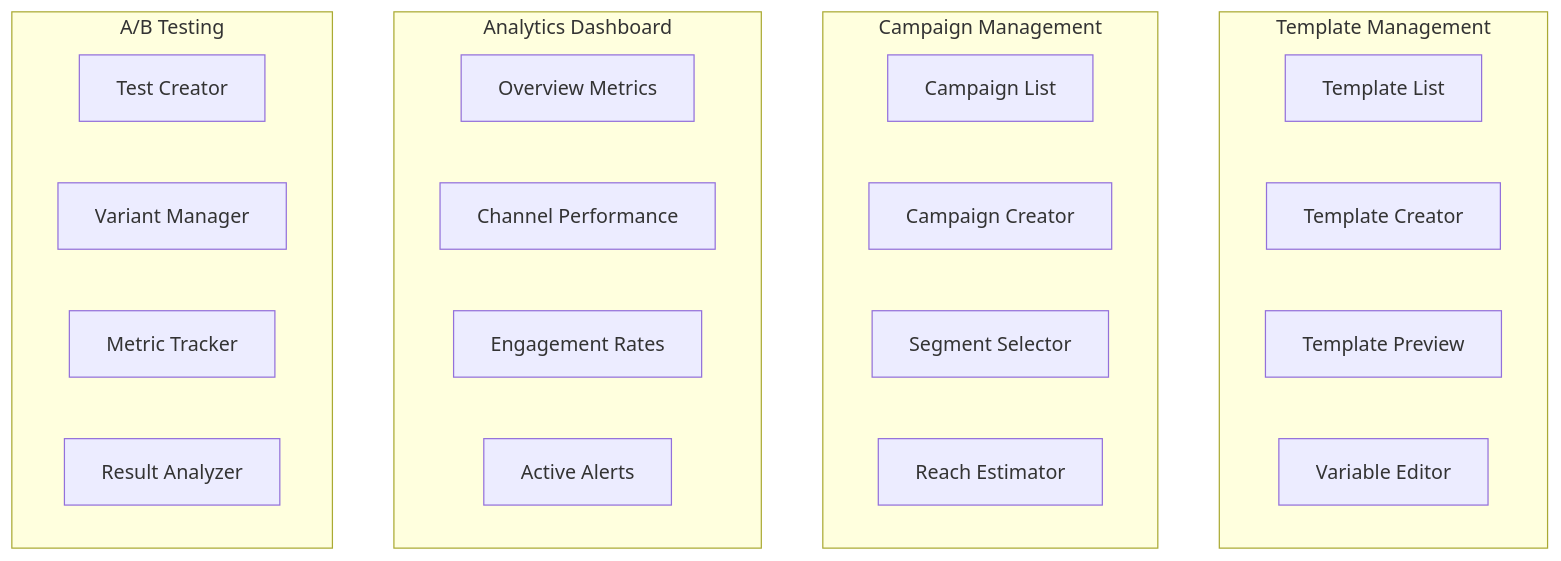
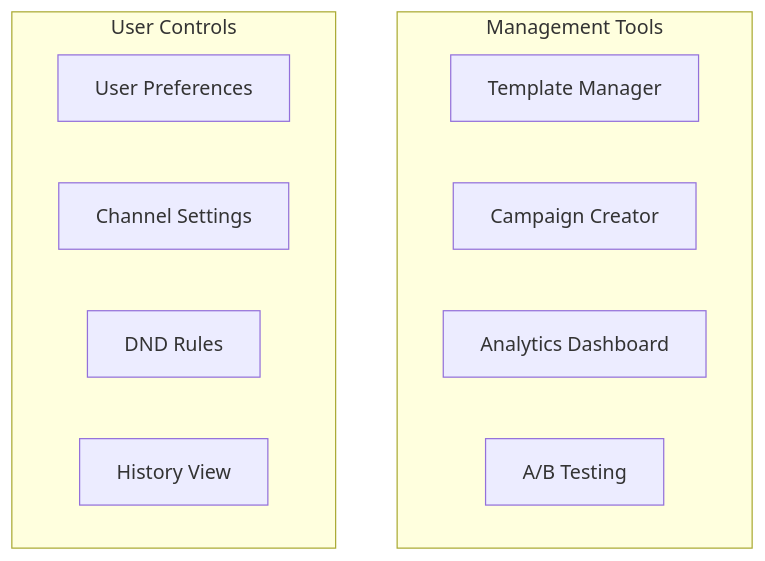
Before and after one commit to deepaucksharma/DStudio: diagram 25 of 44 in docs/case-studies/notification-system.md, drawn with Mermaid. The commit also changed other lines of this file and 13 other files, not shown here.

````diff
--- a/docs/case-studies/notification-system.md
+++ b/docs/case-studies/notification-system.md
@@ -1796,30 +1606,16 @@
 ```mermaid
 graph TB
-    subgraph "Template Management"
-        TL[Template List]
-        TC[Template Creator]
-        TP[Template Preview]
-        TV[Variable Editor]
+    subgraph "Management Tools"
+        TM[Template Manager]
+        CM[Campaign Creator]
+        AD[Analytics Dashboard]
+        AB[A/B Testing]
     end
     
-    subgraph "Campaign Management"
-        CL[Campaign List]
-        CC[Campaign Creator]
-        CS[Segment Selector]
-        CR[Reach Estimator]
-    end
-    
-    subgraph "Analytics Dashboard"
-        OV[Overview Metrics]
-        CH[Channel Performance]
-        EN[Engagement Rates]
-        AL[Active Alerts]
-    end
-    
-    subgraph "A/B Testing"
-        TT[Test Creator]
-        VM[Variant Manager]
-        MT[Metric Tracker]
-        RS[Result Analyzer]
+    subgraph "User Controls"
+        UP[User Preferences]
+        CH[Channel Settings]
+        DND[DND Rules]
+        HI[History View]
     end
 ```
````
